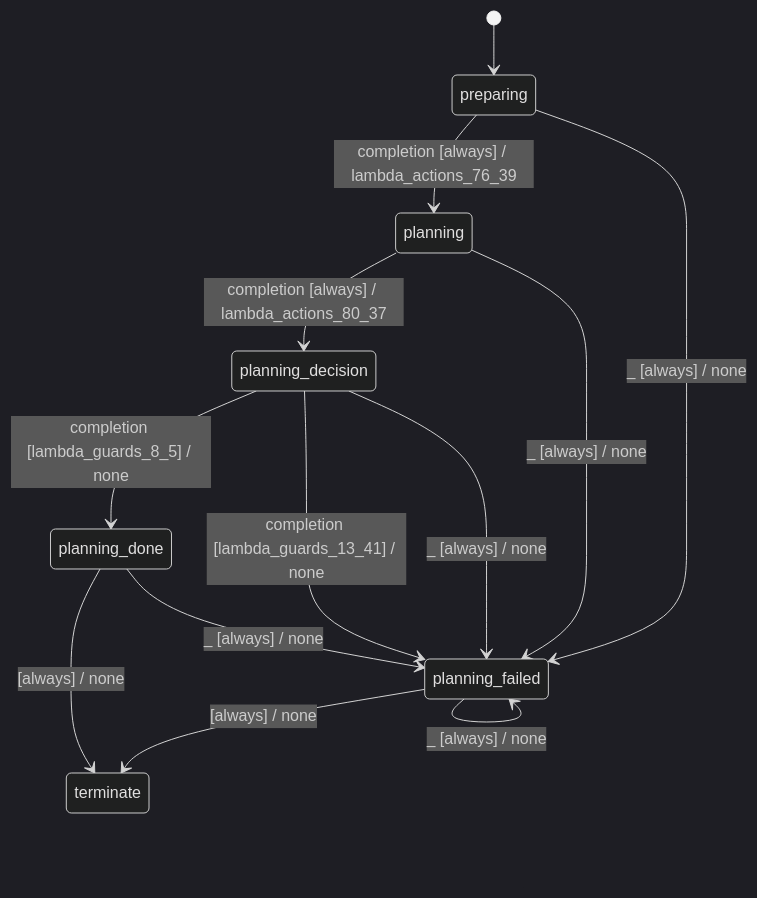
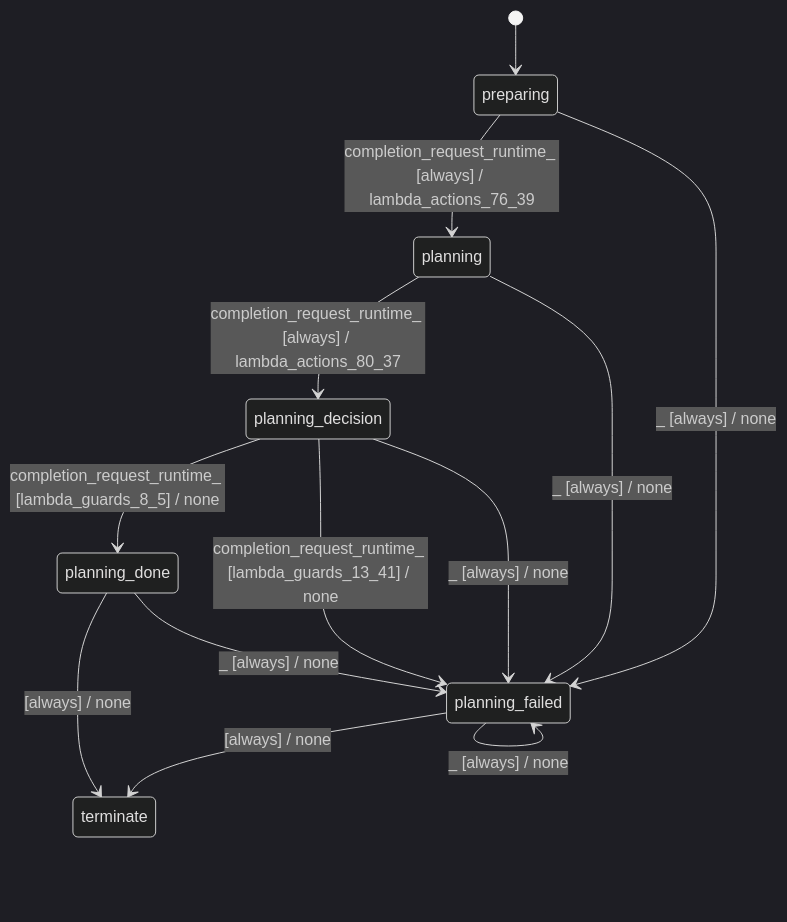
Before and after one commit to stateforward/emel.cpp: the diagram in docs/architecture/batch_planner_modes_sequential.md, drawn with Mermaid (dark theme). The commit also changed other lines of this file and 56 other files, not shown here.

Commit message:
docsgen: render typed completion events in generated diagrams

````diff
--- a/docs/architecture/batch_planner_modes_sequential.md
+++ b/docs/architecture/batch_planner_modes_sequential.md
@@ -7,16 +7,16 @@
 ```mermaid
 stateDiagram-v2
   direction TB
   [*] --> preparing
-  preparing --> planning : completion [always] / lambda_actions_76_39
-  planning --> planning_decision : completion [always] / lambda_actions_80_37
-  planning_decision --> planning_done : completion [lambda_guards_8_5] / none
-  planning_decision --> planning_failed : completion [lambda_guards_13_41] / none
+  preparing --> planning : completion_request_runtime_ [always] / lambda_actions_76_39
+  planning --> planning_decision : completion_request_runtime_ [always] / lambda_actions_80_37
+  planning_decision --> planning_done : completion_request_runtime_ [lambda_guards_8_5] / none
+  planning_decision --> planning_failed : completion_request_runtime_ [lambda_guards_13_41] / none
   planning_done --> terminate : [always] / none
   planning_failed --> terminate : [always] / none
   planning_done --> planning_failed : _ [always] / none
   planning_failed --> planning_failed : _ [always] / none
   preparing --> planning_failed : _ [always] / none
   planning --> planning_failed : _ [always] / none
   planning_decision --> planning_failed : _ [always] / none
 ```
````
